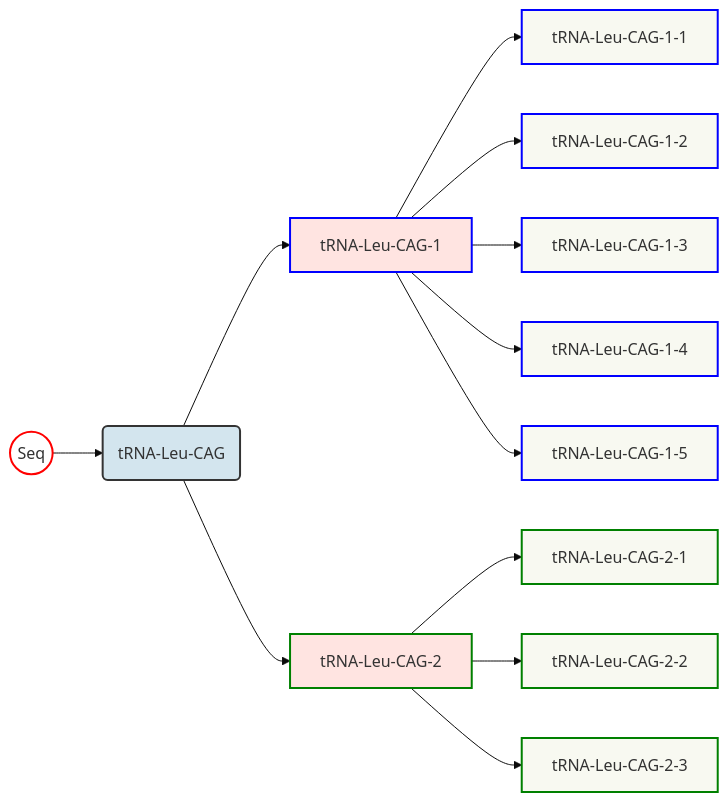
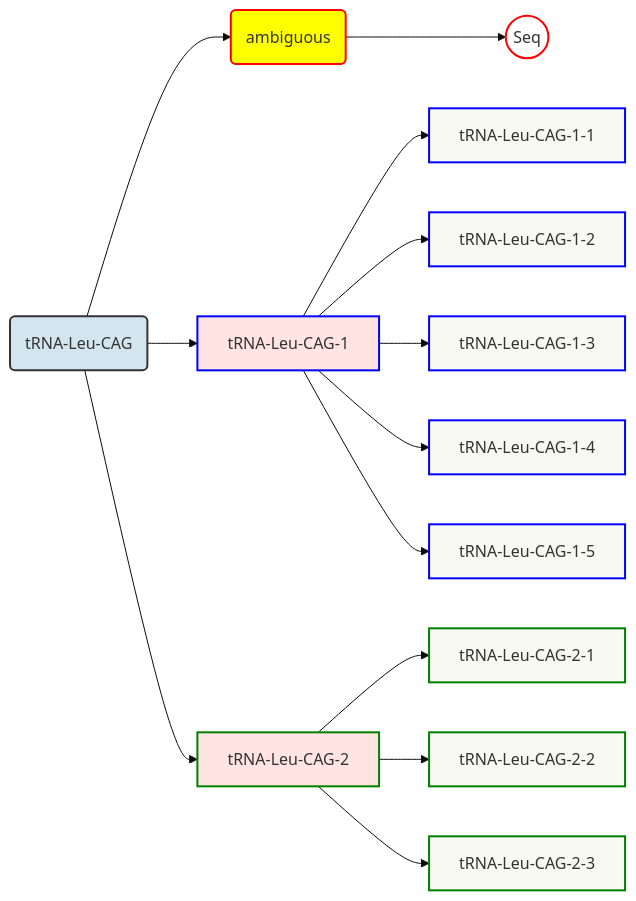
Before and after one commit to dktanwar/PhD_thesis: the diagram in figure/shortRNA/11_tRNA_mm.mmd, drawn with Mermaid (base theme). The commit also changed 242 other files, not shown here.

```diff
--- a/figure/shortRNA/11_tRNA_mm.mmd
+++ b/figure/shortRNA/11_tRNA_mm.mmd
@@ -1,32 +1,35 @@
 graph LR
 
-a((Seq))-->t1
+
 
 
 t1(tRNA-Leu-CAG)
+t1-->t99(ambiguous)
+t99-->a((Seq))
 
 t1 -->t2[tRNA-Leu-CAG-1]
 t1 -->t8[tRNA-Leu-CAG-2]
 
 t2 -->t3[tRNA-Leu-CAG-1-1]
 t2 -->t4[tRNA-Leu-CAG-1-2]
 t2 -->t5[tRNA-Leu-CAG-1-3]
 t2 -->t6[tRNA-Leu-CAG-1-4]
 t2 -->t7[tRNA-Leu-CAG-1-5]
 
 t8 -->t9[tRNA-Leu-CAG-2-1]
 t8 -->t10[tRNA-Leu-CAG-2-2]
 t8 -->t11[tRNA-Leu-CAG-2-3]
 
 style a fill:white,stroke:red,stroke-width:2px;
 style t1 fill:#D3E5EE,stroke:#333,stroke-width:2px;
 style t2 fill:MistyRose,stroke:blue,stroke-width:2px;
 style t8 fill:MistyRose,stroke:green,stroke-width:2px;
 style t3 fill:#F8F9F1,stroke:blue,stroke-width:2px;
 style t4 fill:#F8F9F1,stroke:blue,stroke-width:2px;
 style t5 fill:#F8F9F1,stroke:blue,stroke-width:2px;
 style t6 fill:#F8F9F1,stroke:blue,stroke-width:2px;
 style t7 fill:#F8F9F1,stroke:blue,stroke-width:2px;
 style t9 fill:#F8F9F1,stroke:green,stroke-width:2px;
 style t10 fill:#F8F9F1,stroke:green,stroke-width:2px;
 style t11 fill:#F8F9F1,stroke:green,stroke-width:2px;
+style t99 fill:yellow,stroke:red,stroke-width:2px;
```
